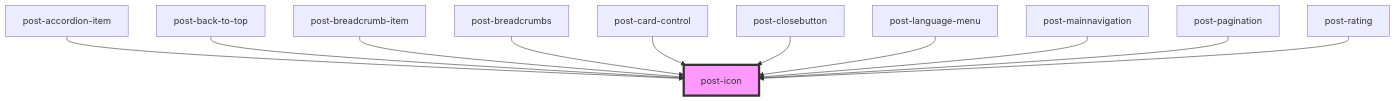
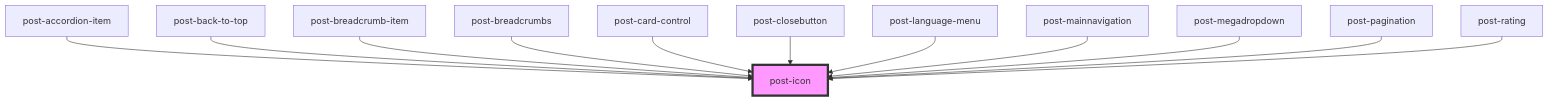
One commit to swisspost/design-system changed the diagram in packages/components/src/components/post-icon/readme.md. Above: the diagram before and after it, drawn with Mermaid. The commit also changed other lines of this file and 14 other files, not shown here.

Commit message:
Remove unnecessary slots from the post-megadropdown

````diff
--- a/packages/components/src/components/post-icon/readme.md
+++ b/packages/components/src/components/post-icon/readme.md
@@ -37,14 +38,15 @@
 ```mermaid
 graph TD;
   post-accordion-item --> post-icon
   post-back-to-top --> post-icon
   post-breadcrumb-item --> post-icon
   post-breadcrumbs --> post-icon
   post-card-control --> post-icon
   post-closebutton --> post-icon
   post-language-menu --> post-icon
   post-mainnavigation --> post-icon
+  post-megadropdown --> post-icon
   post-pagination --> post-icon
   post-rating --> post-icon
   style post-icon fill:#f9f,stroke:#333,stroke-width:4px
 ```
````
